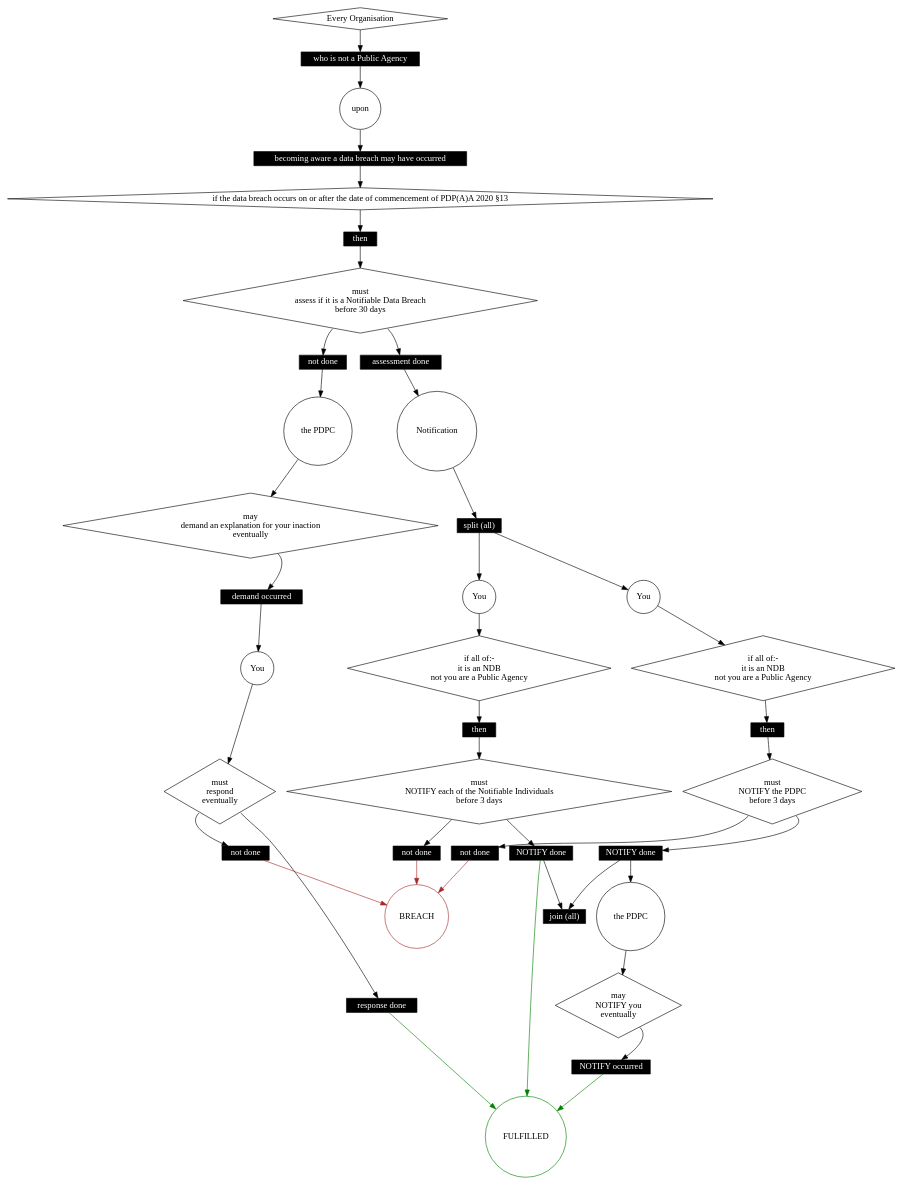
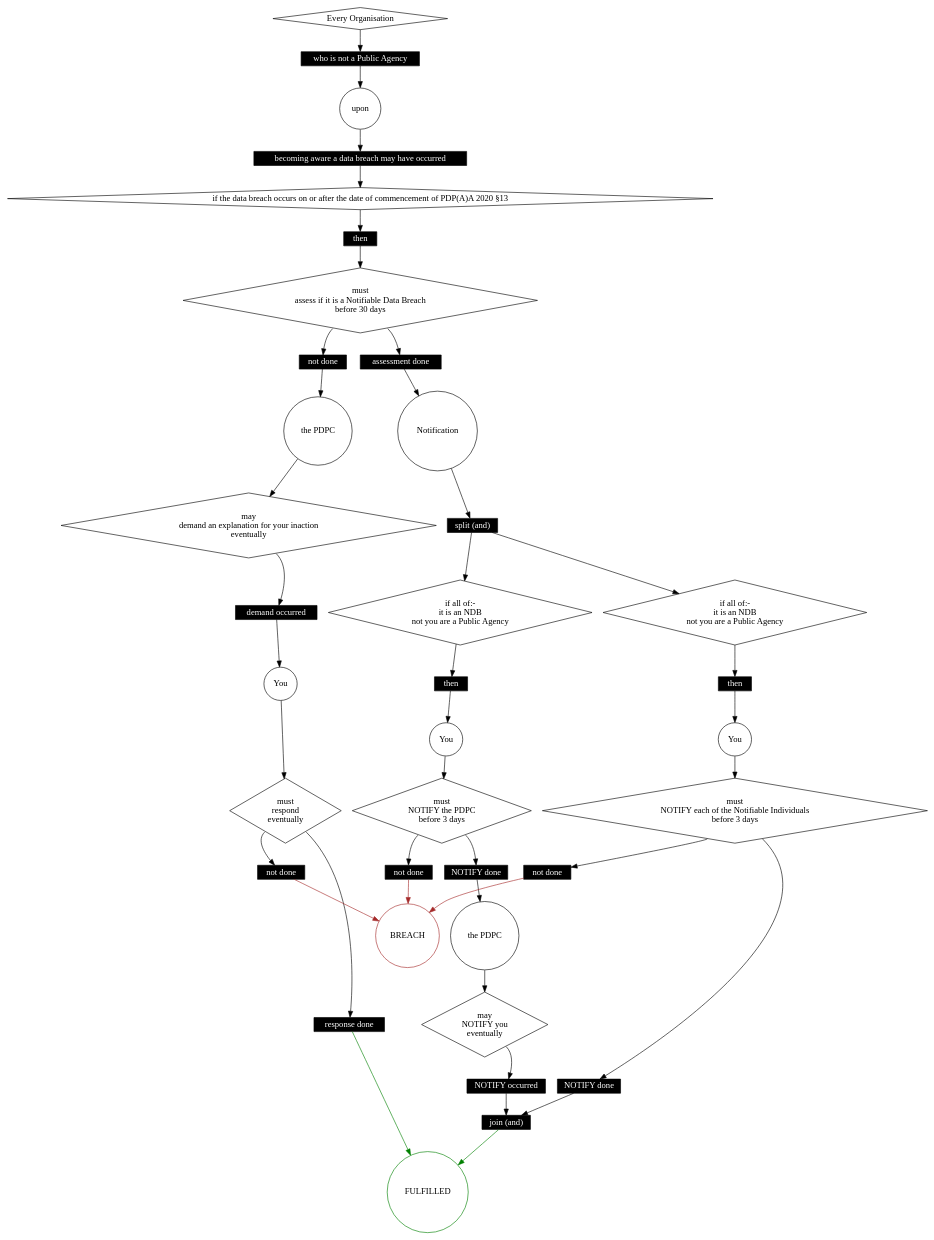
Before and after one commit to smucclaw/dsl: the diagram in mengwong/mp/petri.dot, drawn with Graphviz. The commit also changed 2 other files, not shown here.

Commit message:
working graph optimizations

```diff
--- a/mengwong/mp/petri.dot
+++ b/mengwong/mp/petri.dot
@@ -1,140 +1,155 @@
 digraph {
     graph [compound=true];
     subgraph places {
         node [shape=circle];
         0 [label=BREACH
           ,color=brown
           ,comment=IsInfra];
         1 [label=FULFILLED
           ,color=green
           ,comment=IsInfra];
         2 [label="Every Organisation"
           ,shape=diamond
           ,comment=IsFirstNode
-          ,comment="OrigRL \"Assess\""];
+          ,comment="OrigRL \"Assess\""
+          ,comment=IsParty];
         4 [label=upon];
         6 [label="if the data breach occurs on or after the date of commencement of PDP(A)A 2020 §13"
-          ,shape=diamond];
+          ,shape=diamond
+          ,comment=IsCond];
         8 [label="must\nassess if it is a Notifiable Data Breach\nbefore 30 days"
-          ,shape=diamond];
+          ,shape=diamond
+          ,comment=IsDeon];
         11 [label=Notification
            ,comment=IsFirstNode
            ,comment=FromRuleAlias
            ,comment="OrigRL \"Notification\""];
         12 [label="the PDPC"];
         13 [label="may\ndemand an explanation for your inaction\neventually"
-           ,shape=diamond];
+           ,shape=diamond
+           ,comment=IsDeon];
         15 [label=You];
         16 [label="must\nrespond\neventually"
-           ,shape=diamond];
+           ,shape=diamond
+           ,comment=IsDeon];
         19 [label=You
            ,comment=IsFirstNode
-           ,comment="OrigRL \"Notify PDPC\""];
+           ,comment="OrigRL \"Notify PDPC\""
+           ,comment=IsParty];
         20 [label="if all of:-\nit is an NDB\nnot you are a Public Agency"
-           ,shape=diamond];
+           ,shape=diamond
+           ,comment=IsCond];
         22 [label="must\nNOTIFY the PDPC\nbefore 3 days"
-           ,shape=diamond];
+           ,shape=diamond
+           ,comment=IsDeon];
         25 [label="the PDPC"];
         26 [label="may\nNOTIFY you\neventually"
-           ,shape=diamond];
+           ,shape=diamond
+           ,comment=IsDeon];
         28 [label=You
            ,comment=IsFirstNode
-           ,comment="OrigRL \"Notify Individuals\""];
+           ,comment="OrigRL \"Notify Individuals\""
+           ,comment=IsParty];
         29 [label="if all of:-\nit is an NDB\nnot you are a Public Agency"
-           ,shape=diamond];
+           ,shape=diamond
+           ,comment=IsCond];
         31 [label="must\nNOTIFY each of the Notifiable Individuals\nbefore 3 days"
-           ,shape=diamond];
+           ,shape=diamond
+           ,comment=IsDeon];
     }
     subgraph transitions {
         node [shape=box
              ,height=0.2
              ,style=filled
              ,fillcolor=black
              ,fontcolor=white
              ,fontname=Monaco];
         3 [label="who is not a Public Agency"];
         5 [label="becoming aware a data breach may have occurred"];
-        7 [label=then];
+        7 [label=then,comment=IsThen];
         9 [label="assessment done"
           ,comment="Temporal \"before 30 days\""
           ,comment=IsLastHappy
           ,comment="OrigRL \"Assess\""];
         10 [label="not done"];
         14 [label="demand occurred"
            ,comment="Temporal \"eventually\""
-           ,comment=IsLastHappy];
+           ,comment=IsLastHappy
+           ,comment="OrigRL \"Assess\""];
         17 [label="response done"
            ,comment="Temporal \"eventually\""
-           ,comment=IsLastHappy];
+           ,comment=IsLastHappy
+           ,comment="OrigRL \"Assess\""];
         18 [label="not done"];
-        21 [label=then];
+        21 [label=then,comment=IsThen];
         23 [label="NOTIFY done"
            ,comment="Temporal \"before 3 days\""
            ,comment=IsLastHappy
            ,comment="OrigRL \"Notify PDPC\""];
         24 [label="not done"];
         27 [label="NOTIFY occurred"
            ,comment="Temporal \"eventually\""
-           ,comment=IsLastHappy];
-        30 [label=then];
+           ,comment=IsLastHappy
+           ,comment="OrigRL \"Notify PDPC\""];
+        30 [label=then,comment=IsThen];
         32 [label="NOTIFY done"
            ,comment="Temporal \"before 3 days\""
            ,comment=IsLastHappy
            ,comment="OrigRL \"Notify Individuals\""];
         33 [label="not done"];
-        34 [label="split (all)"
+        34 [label="split (and)"
            ,comment=IsInfra];
-        35 [label="join (all)"
+        35 [label="join (and)"
            ,comment=IsInfra];
     }
     2 -> 3;
     3 -> 4;
     4 -> 5;
     5 -> 6;
     6 -> 7;
     7 -> 8;
     8 -> 9 [tailport=se
            ,comment="southeast for positive"];
     8 -> 10 [tailport=sw
             ,comment="southwest for negative"];
     9 -> 11;
     10 -> 12;
-    11 -> 34;
+    11 -> 34 [comment="added by split from parent node"];
     12 -> 13;
     13 -> 14 [tailport=se
              ,comment="southeast for positive"];
     14 -> 15;
     15 -> 16;
     16 -> 17 [tailport=se
              ,comment="southeast for positive"];
     16 -> 18 [tailport=sw
              ,comment="southwest for negative"];
     17 -> 1 [color=green];
     18 -> 0 [color=brown];
-    19 -> 20;
+    19 -> 22 [comment=reordered];
     20 -> 21;
-    21 -> 22;
+    21 -> 19 [comment=reordered];
     22 -> 23 [tailport=se
              ,comment="southeast for positive"];
     22 -> 24 [tailport=sw
              ,comment="southwest for negative"];
     23 -> 25;
-    23 -> 35 [comment="added by join from tailnode"];
     24 -> 0 [color=brown];
     25 -> 26;
     26 -> 27 [tailport=se
              ,comment="southeast for positive"];
-    27 -> 1 [color=green];
-    28 -> 29;
+    27 -> 35 [comment="added by join from tailnode"];
+    28 -> 31 [comment=reordered];
     29 -> 30;
-    30 -> 31;
+    30 -> 28 [comment=reordered];
     31 -> 32 [tailport=se
              ,comment="southeast for positive"];
     31 -> 33 [tailport=sw
              ,comment="southwest for negative"];
-    32 -> 1 [color=green];
     32 -> 35 [comment="added by join from tailnode"];
     33 -> 0 [color=brown];
-    34 -> 19 [comment="added by split to headnode"];
-    34 -> 28 [comment="added by split to headnode"];
+    34 -> 20 [comment=reordered];
+    34 -> 29 [comment=reordered];
+    35 -> 1 [color=green
+            ,comment="added by join to fulfilledNode"];
 }
```
